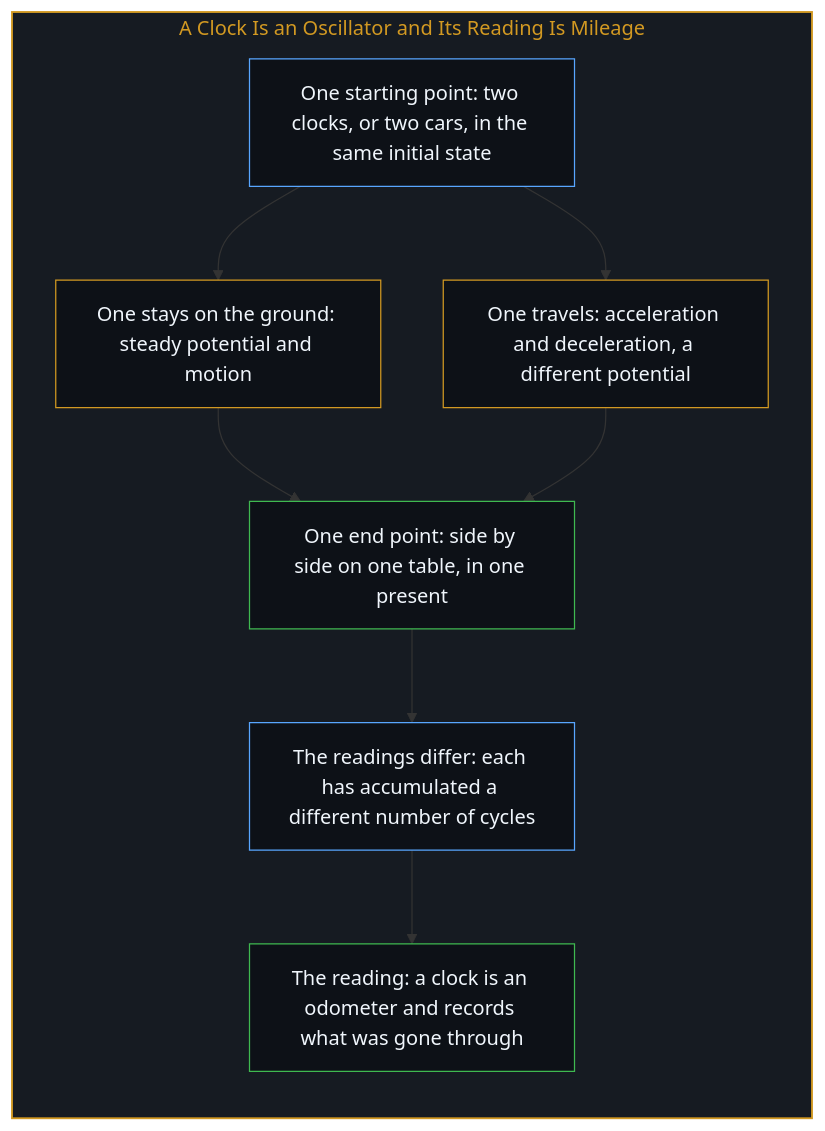
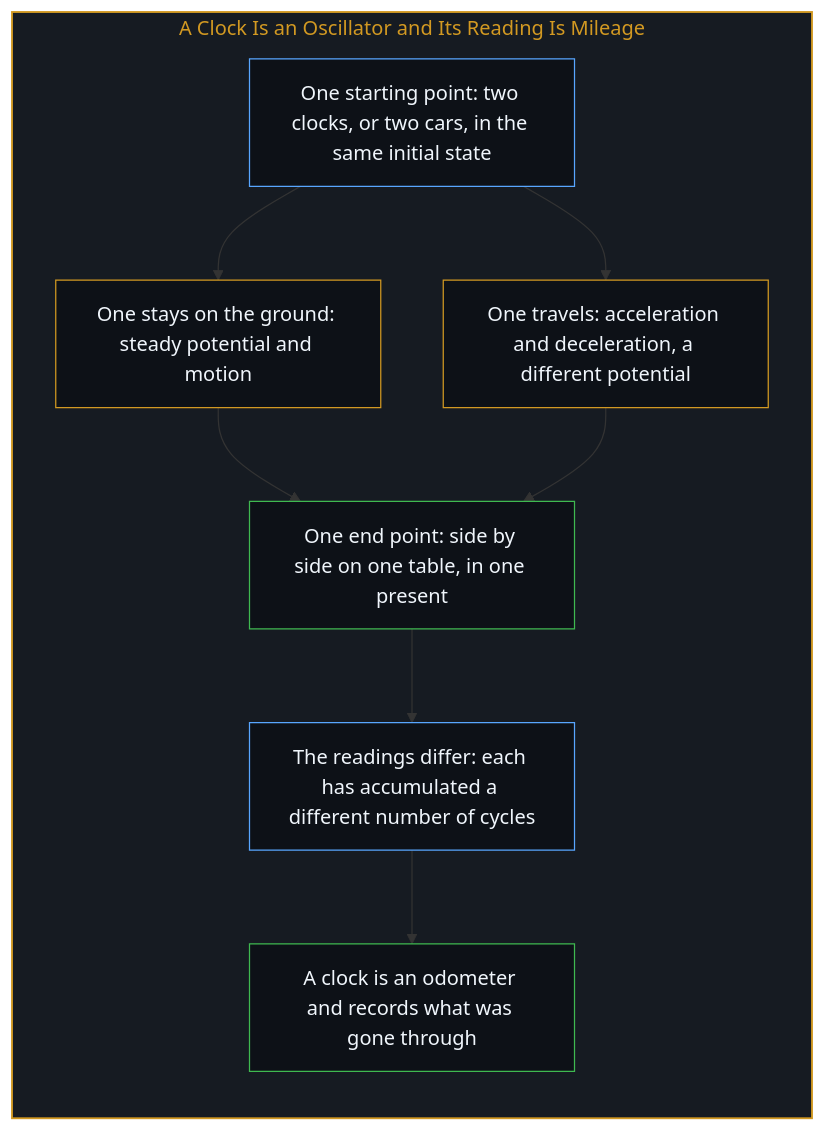
The eighth of 18 diagrams in content/posts/the-twin-paradox-and-the-hidden-observer.md (powerpig99/not-a-toe), drawn with Mermaid before and after one commit. The commit also changed other lines of this file and 2 other files, not shown here.

````diff
--- a/content/posts/the-twin-paradox-and-the-hidden-observer.md
+++ b/content/posts/the-twin-paradox-and-the-hidden-observer.md
@@ -250,26 +250,26 @@
 ```mermaid
 flowchart TD
     subgraph S_Clock["A Clock Is an Oscillator and Its Reading Is Mileage"]
         direction TB
         Start["One starting point: two clocks, or two cars, in the same initial state"]
         PathGround["One stays on the ground: steady potential and motion"]
         PathAway["One travels: acceleration and deceleration, a different potential"]
         Garage["One end point: side by side on one table, in one present"]
         Diff["The readings differ: each has accumulated a different number of cycles"]
-        Odo["The reading: a clock is an odometer and records what was gone through"]
+        Odo["A clock is an odometer and records what was gone through"]
         Start --> PathGround
         Start --> PathAway
         PathGround --> Garage
         PathAway --> Garage
         Garage --> Diff
         Diff --> Odo
     end
 
     style S_Clock fill:#161b22,stroke:#d29922,stroke-width:1.5px,color:#d29922
     style Start fill:#0d1117,stroke:#58a6ff,stroke-width:1px,color:#f0f6fc
     style PathGround fill:#0d1117,stroke:#d29922,stroke-width:1px,color:#f0f6fc
     style PathAway fill:#0d1117,stroke:#d29922,stroke-width:1px,color:#f0f6fc
     style Garage fill:#0d1117,stroke:#3fb950,stroke-width:1px,color:#f0f6fc
     style Diff fill:#0d1117,stroke:#58a6ff,stroke-width:1px,color:#f0f6fc
     style Odo fill:#0d1117,stroke:#3fb950,stroke-width:1px,color:#f0f6fc
 ```
````
